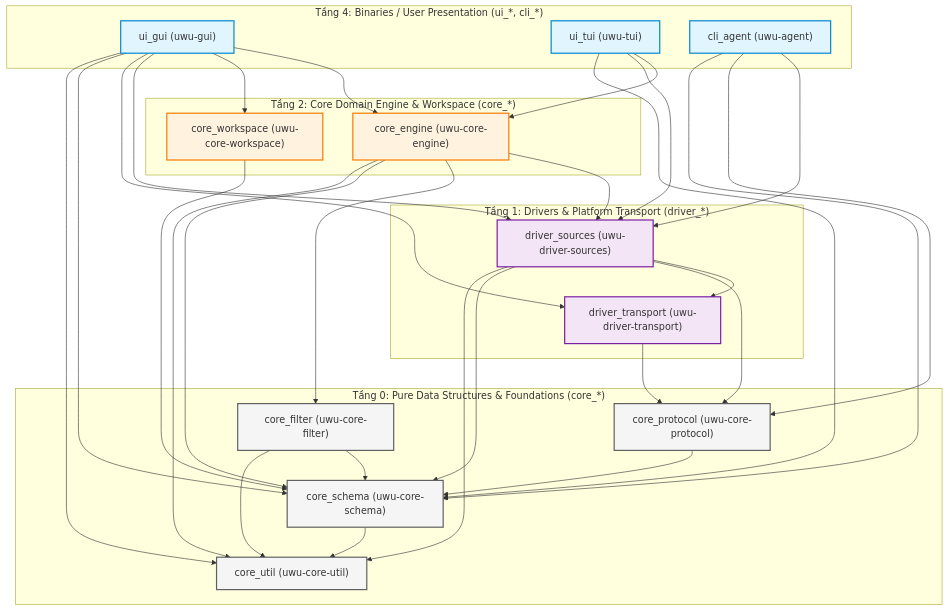
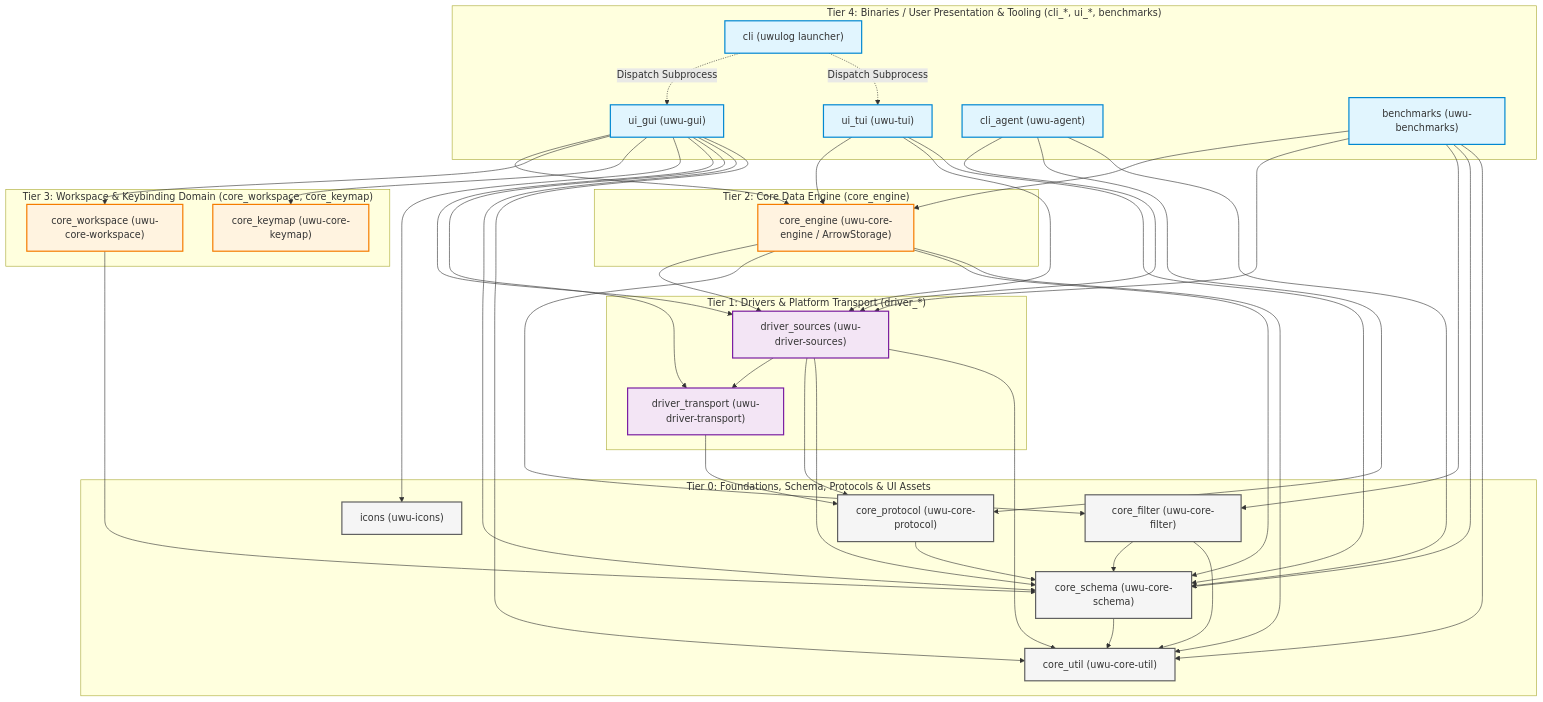
One commit to gavuhop/uwulog-rust changed the first of 2 diagrams in archi.md. Above: the diagram before and after it, drawn with Mermaid. The commit also changed other lines of this file and 25 other files, not shown here.

```diff
--- a/archi.md
+++ b/archi.md
@@ -15,36 +15,49 @@
     classDef driver fill:#f3e5f5,stroke:#7b1fa2,stroke-width:2px;
     classDef foundation fill:#f5f5f5,stroke:#616161,stroke-width:2px;
 
-    %% Tầng 4: User Presentation / Binaries
-    subgraph T4 ["Tầng 4: Binaries / User Presentation (ui_*, cli_*)"]
+    %% Tier 4: User Presentation / Binaries
+    subgraph T4 ["Tier 4: Binaries / User Presentation & Tooling (cli_*, ui_*, benchmarks)"]
+        CLI["cli (uwulog launcher)"]:::app
         GUI["ui_gui (uwu-gui)"]:::app
         TUI["ui_tui (uwu-tui)"]:::app
         Agent["cli_agent (uwu-agent)"]:::app
+        Bench["benchmarks (uwu-benchmarks)"]:::app
     end
 
-    %% Tầng 2: Core Domain Engine & Headless Services
-    subgraph T2 ["Tầng 2: Core Domain Engine & Workspace (core_*)"]
-        CoreEngine["core_engine (uwu-core-engine)"]:::domain
+    %% Tier 3: Workspace & Keymap Management
+    subgraph T3 ["Tier 3: Workspace & Keybinding Domain (core_workspace, core_keymap)"]
         CoreWorkspace["core_workspace (uwu-core-workspace)"]:::domain
+        CoreKeymap["core_keymap (uwu-core-keymap)"]:::domain
     end
 
-    %% Tầng 1: Drivers & Platform Transport
-    subgraph T1 ["Tầng 1: Drivers & Platform Transport (driver_*)"]
+    %% Tier 2: Core Data Engine (Apache Arrow Columnar Storage)
+    subgraph T2 ["Tier 2: Core Data Engine (core_engine)"]
+        CoreEngine["core_engine (uwu-core-engine / ArrowStorage)"]:::domain
+    end
+
+    %% Tier 1: Drivers & Platform Transport
+    subgraph T1 ["Tier 1: Drivers & Platform Transport (driver_*)"]
         DriverTransport["driver_transport (uwu-driver-transport)"]:::driver
         DriverSources["driver_sources (uwu-driver-sources)"]:::driver
     end
 
-    %% Tầng 0: Foundational Data Structures & Pure Utilities
-    subgraph T0 ["Tầng 0: Pure Data Structures & Foundations (core_*)"]
+    %% Tier 0: Foundational Data Structures, Schema & UI Primitives
+    subgraph T0 ["Tier 0: Foundations, Schema, Protocols & UI Assets"]
         CoreFilter["core_filter (uwu-core-filter)"]:::foundation
         CoreProtocol["core_protocol (uwu-core-protocol)"]:::foundation
         CoreSchema["core_schema (uwu-core-schema)"]:::foundation
         CoreUtil["core_util (uwu-core-util)"]:::foundation
+        Icons["icons (uwu-icons)"]:::foundation
     end
 
     %% Edge connections
+    CLI -.->|Dispatch Subprocess| GUI
+    CLI -.->|Dispatch Subprocess| TUI
+
     GUI --> CoreEngine
     GUI --> CoreWorkspace
+    GUI --> CoreKeymap
+    GUI --> Icons
     GUI --> DriverSources
     GUI --> DriverTransport
     GUI --> CoreSchema
@@ -58,12 +71,18 @@
     Agent --> CoreProtocol
     Agent --> CoreSchema
 
+    Bench --> CoreEngine
+    Bench --> DriverSources
+    Bench --> CoreFilter
+    Bench --> CoreSchema
+    Bench --> CoreUtil
+
+    CoreWorkspace --> CoreSchema
+
     CoreEngine --> DriverSources
     CoreEngine --> CoreFilter
     CoreEngine --> CoreSchema
     CoreEngine --> CoreUtil
-
-    CoreWorkspace --> CoreSchema
 
     DriverSources --> DriverTransport
     DriverSources --> CoreProtocol
```
